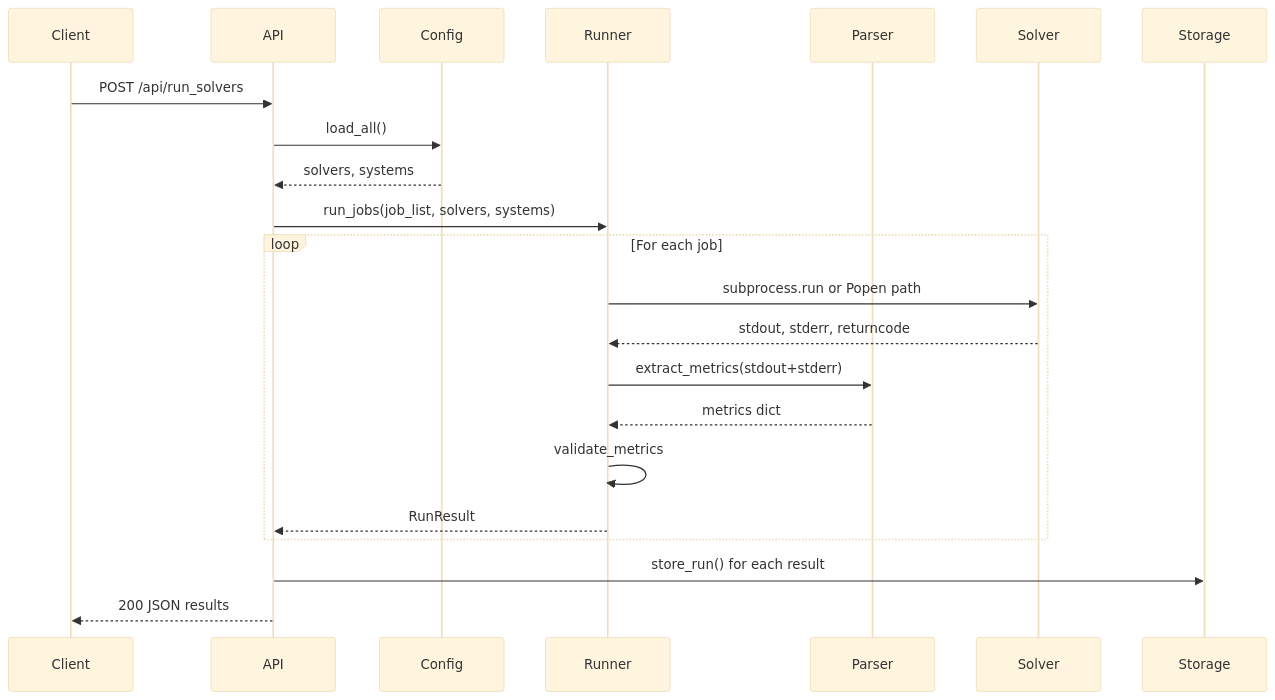
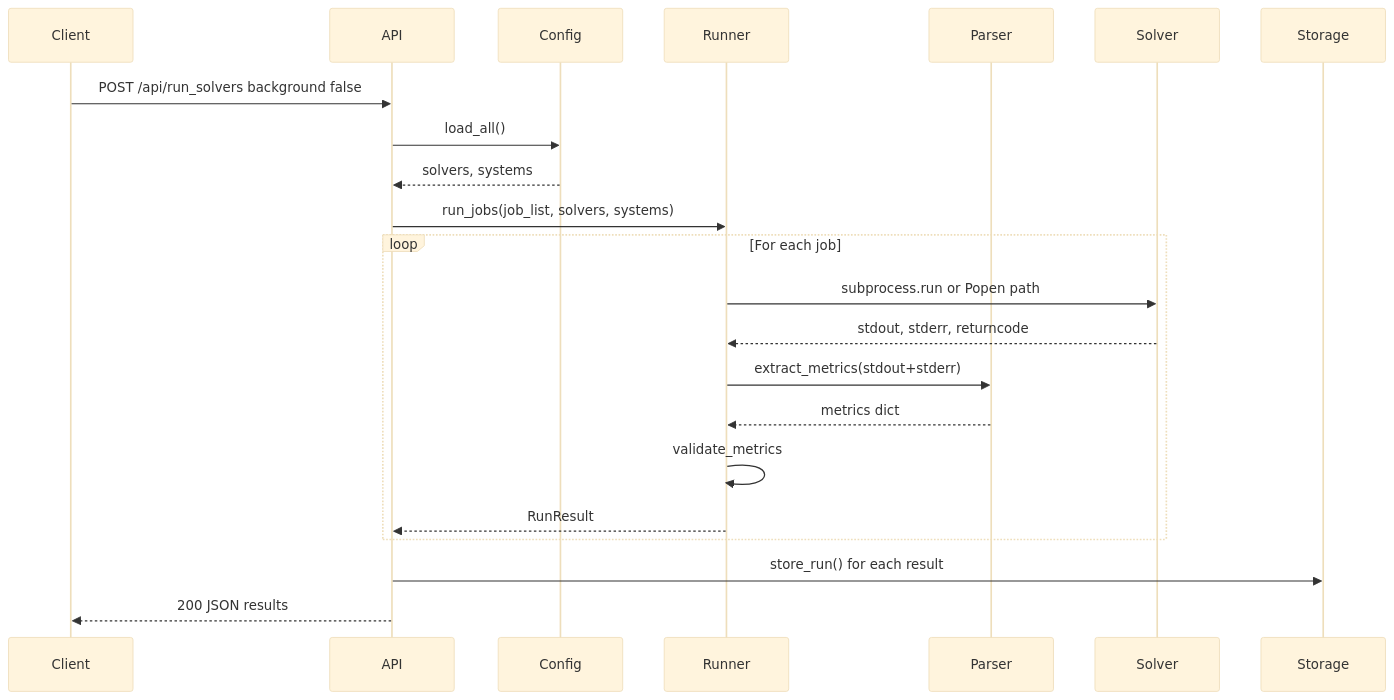
The second of 4 diagrams in docs/ARCHITECTURE.md (fractalclockwork/hpc-runner), drawn with Mermaid (base theme) before and after one commit. The commit also changed other lines of this file and 4 other files, not shown here.

````diff
--- a/docs/ARCHITECTURE.md
+++ b/docs/ARCHITECTURE.md
@@ -91,24 +93,24 @@
 ```mermaid
 sequenceDiagram
     participant Client
     participant API
     participant Config
     participant Runner
     participant Parser
     participant Solver
     participant Storage
-    Client->>API: POST /api/run_solvers
+    Client->>API: POST /api/run_solvers background false
     API->>Config: load_all()
     Config-->>API: solvers, systems
     API->>Runner: run_jobs(job_list, solvers, systems)
     loop For each job
         Runner->>Solver: subprocess.run or Popen path
         Solver-->>Runner: stdout, stderr, returncode
         Runner->>Parser: extract_metrics(stdout+stderr)
         Parser-->>Runner: metrics dict
         Runner->>Runner: validate_metrics
         Runner-->>API: RunResult
     end
     API->>Storage: store_run() for each result
     API-->>Client: 200 JSON results
 ```
````
